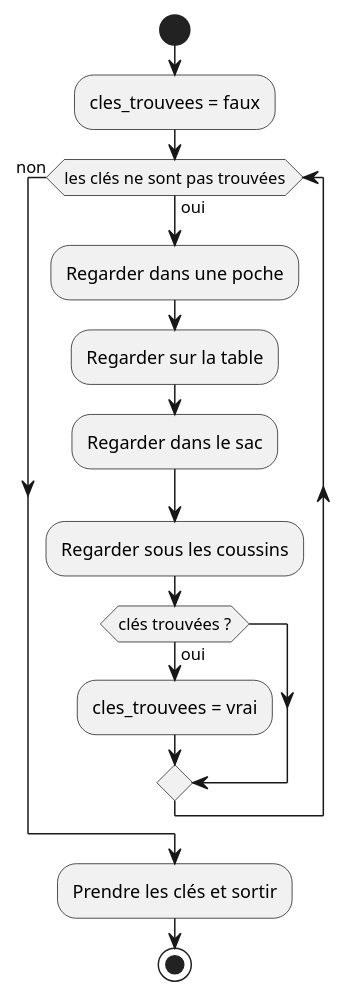
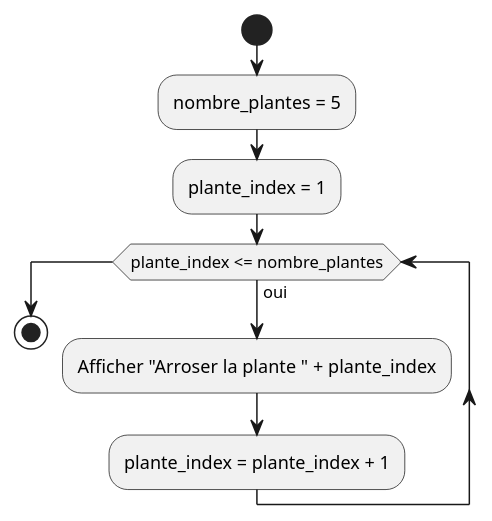
Before and after one commit to HEIG-VD-Prog-Course/HEIG-VD-ProgIM-Course: the fourth of 5 diagrams in 03.01-iteration/01-supports-de-cours/README.md, drawn with PlantUML. The commit also changed other lines of this file and 2 other files, not shown here.

````diff
--- a/03.01-iteration/01-supports-de-cours/README.md
+++ b/03.01-iteration/01-supports-de-cours/README.md
@@ -247,17 +265,12 @@
 ```plantuml
 @startuml
 start
-:cles_trouvees = faux;
-while (les clés ne sont pas trouvées) is (oui)
-    :Regarder dans une poche;
-    :Regarder sur la table;
-    :Regarder dans le sac;
-    :Regarder sous les coussins;
-    if (clés trouvées ?) then (oui)
-        :cles_trouvees = vrai;
-    endif
-endwhile (non)
-:Prendre les clés et sortir;
+:nombre_plantes = 5;
+:plante_index = 1;
+while (plante_index <= nombre_plantes) is (oui)
+    :Afficher "Arroser la plante " + plante_index;
+    :plante_index = plante_index + 1;
+endwhile
 stop
 @enduml
 ```
````
